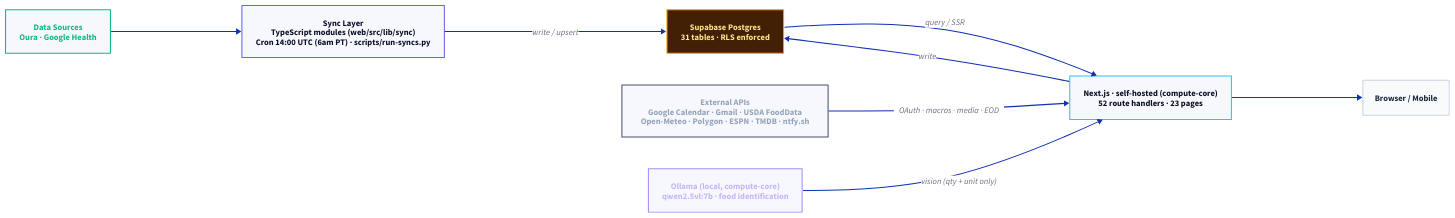
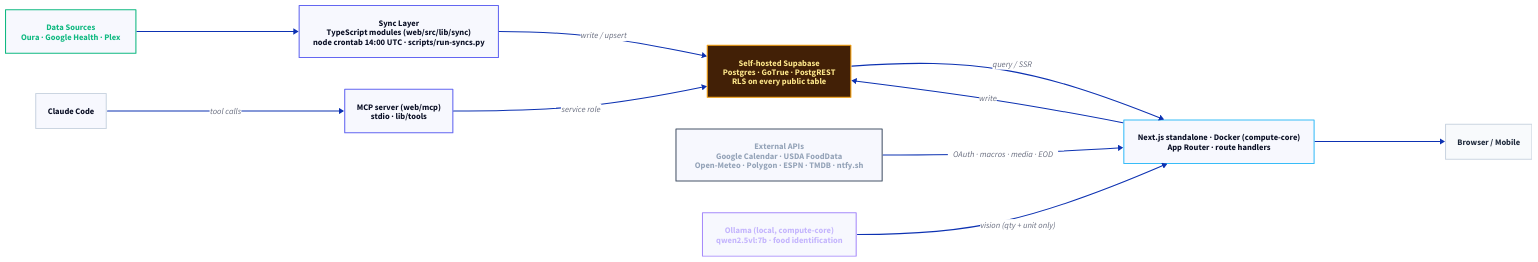
Before and after one commit to Theioz/mr-bridge-assistant: the diagram in docs/architecture.d2, drawn with D2. The commit also changed 19 other files, not shown here.

```diff
--- a/docs/architecture.d2
+++ b/docs/architecture.d2
@@ -1,49 +1,59 @@
 # To re-render:
 # d2 --layout=elk --theme=200 docs/architecture.d2 docs/architecture.svg && sed -i '' 's/data-d2-version="[^"]*" preserveAspectRatio="[^"]*" viewBox="/width="100%" viewBox="/' docs/architecture.svg
 # d2 --layout=elk --theme=200 --scale=2 docs/architecture.d2 docs/architecture.png
 
 direction: right
 
-data_sources: "Data Sources\nOura · Google Health"
+data_sources: "Data Sources\nOura · Google Health · Plex"
 
-sync: "Sync Layer\nTypeScript modules (web/src/lib/sync)\nCron 14:00 UTC (6am PT) · scripts/run-syncs.py"
+sync: "Sync Layer\nTypeScript modules (web/src/lib/sync)\nnode crontab 14:00 UTC · scripts/run-syncs.py"
 
-supabase: "Supabase Postgres\n31 tables · RLS enforced"
+supabase: "Self-hosted Supabase\nPostgres · GoTrue · PostgREST\nRLS on every public table"
 
-nextjs: "Next.js · self-hosted (compute-core)\n52 route handlers · 23 pages"
+nextjs: "Next.js standalone · Docker (compute-core)\nApp Router · route handlers"
 
-external: "External APIs\nGoogle Calendar · Gmail · USDA FoodData\nOpen-Meteo · Polygon · ESPN · TMDB · ntfy.sh"
+external: "External APIs\nGoogle Calendar · USDA FoodData\nOpen-Meteo · Polygon · ESPN · TMDB · ntfy.sh"
 
 ollama: "Ollama (local, compute-core)\nqwen2.5vl:7b · food identification"
 
 user: "Browser / Mobile"
+
+mcp: "MCP server (web/mcp)\nstdio · lib/tools"
+
+claude: "Claude Code"
 
 data_sources -> sync
 sync -> supabase: write / upsert
 supabase -> nextjs: query / SSR
 nextjs -> supabase: write
 nextjs -> user
 external -> nextjs: OAuth · macros · media · EOD
 ollama -> nextjs: vision (qty + unit only)
+mcp -> supabase: service role
+claude -> mcp: tool calls
 
 data_sources.style.stroke: "#10B981"
 data_sources.style.font-color: "#10B981"
 
 sync.style.stroke: "#6366F1"
 
 supabase.style.fill: "#422006"
 supabase.style.stroke: "#F59E0B"
 supabase.style.font-color: "#FDE68A"
 supabase.style.bold: true
 
 nextjs.style.stroke: "#38BDF8"
 
 external.style.stroke: "#475569"
 external.style.font-color: "#94A3B8"
 
 ollama.style.stroke: "#A78BFA"
 ollama.style.font-color: "#C4B5FD"
 
 user.style.fill: "#F8FAFC"
 user.style.stroke: "#CBD5E1"
 user.style.font-color: "#1E293B"
+
+mcp.style.stroke: "#6366F1"
+
+claude.style.stroke: "#CBD5E1"
```
